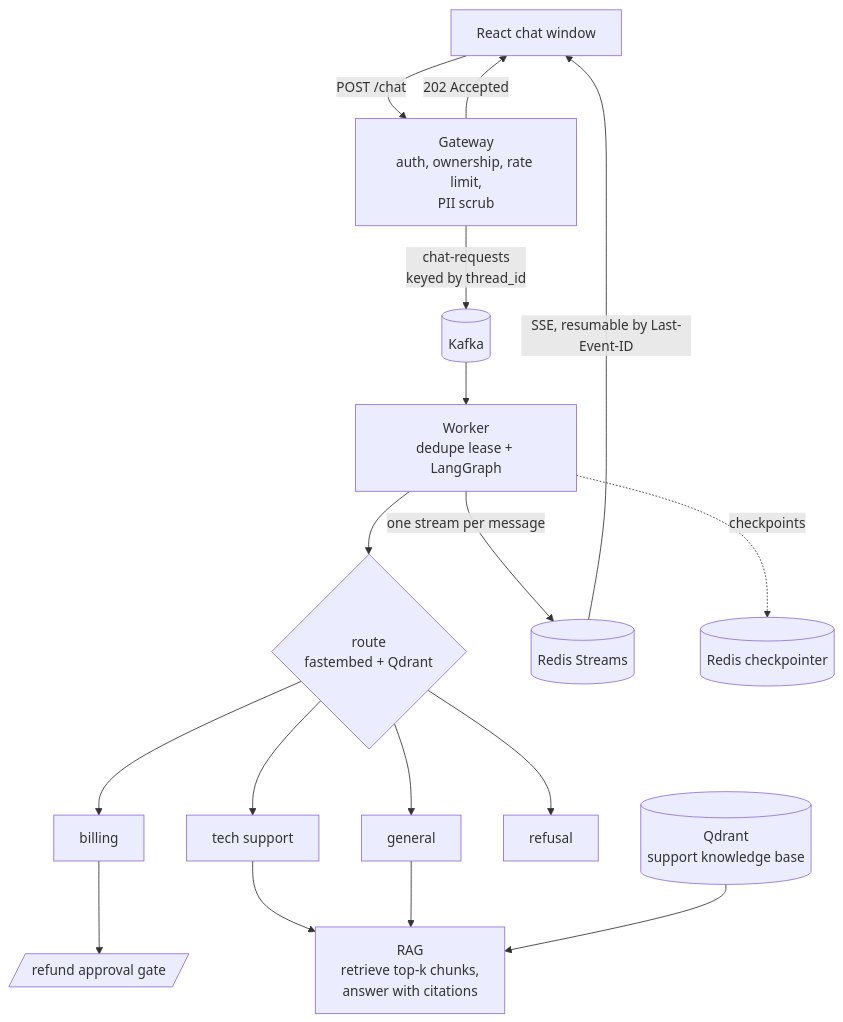
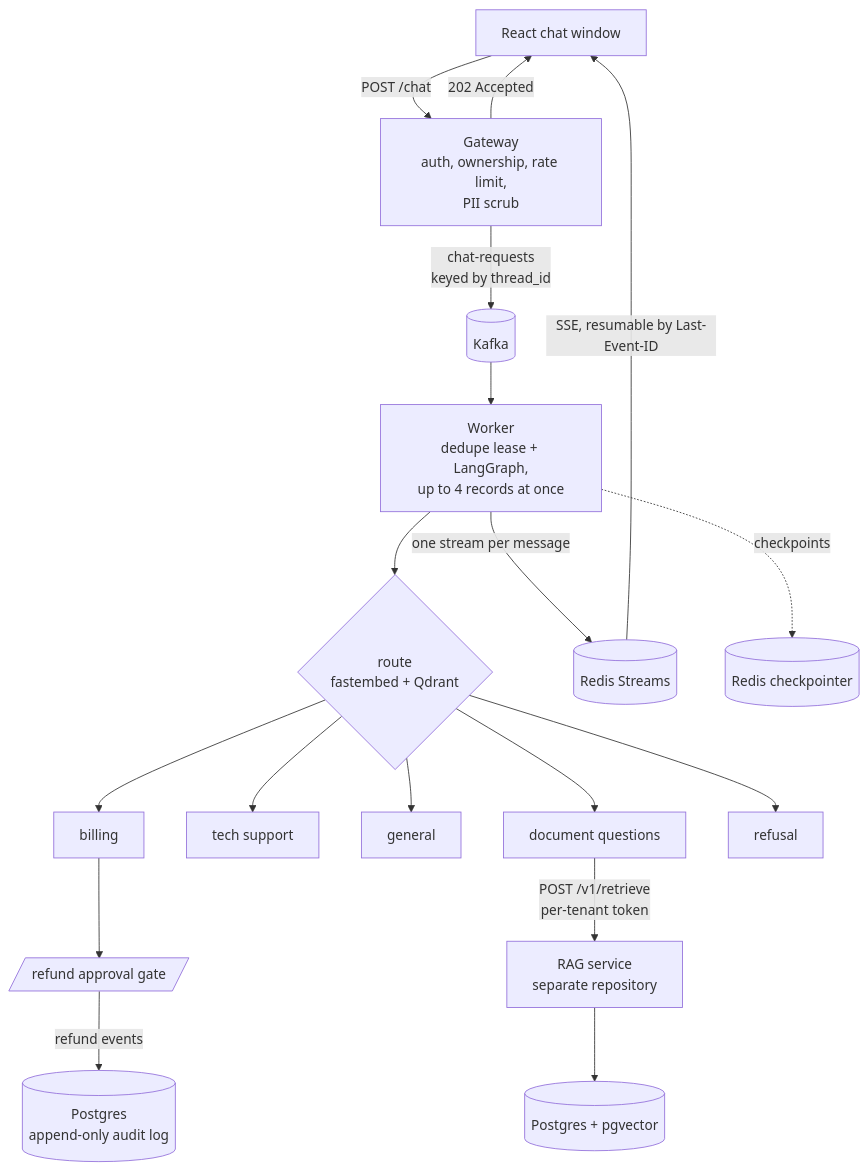
Before and after one commit to jayakumar-devaraj/jayakumar-devaraj.github.io: the diagram in work/event-driven-chatbot.md, drawn with Mermaid. The commit also changed other lines of this file, not shown here.

Commit message:
Bring the chatbot case study up to date: RAG service, durability, safety and latency results, repo link

````diff
--- a/work/event-driven-chatbot.md
+++ b/work/event-driven-chatbot.md
@@ -22,19 +22,20 @@
 ```mermaid
 flowchart TB
     C["React chat window"] -->|"POST /chat"| G["Gateway<br/>auth, ownership, rate limit,<br/>PII scrub"]
     G -->|"202 Accepted"| C
     G -->|"chat-requests<br/>keyed by thread_id"| K[("Kafka")]
-    K --> W["Worker<br/>dedupe lease + LangGraph"]
+    K --> W["Worker<br/>dedupe lease + LangGraph,<br/>up to 4 records at once"]
     W --> R{"route<br/>fastembed + Qdrant"}
     R --> B["billing"]
     R --> T["tech support"]
     R --> GEN["general"]
+    R --> DOC["document questions"]
     R --> REF["refusal"]
-    T --> RAG["RAG<br/>retrieve top-k chunks,<br/>answer with citations"]
-    GEN --> RAG
-    KB[("Qdrant<br/>support knowledge base")] --> RAG
     B --> AP[/"refund approval gate"/]
+    AP -->|"refund events"| AUD[("Postgres<br/>append-only audit log")]
+    DOC -->|"POST /v1/retrieve<br/>per-tenant token"| RAG["RAG service<br/>separate repository"]
+    RAG --> RDB[("Postgres + pgvector")]
     W -->|"one stream per message"| S[("Redis Streams")]
     W -.->|checkpoints| RC[("Redis checkpointer")]
     S -->|"SSE, resumable by Last-Event-ID"| C
 ```
````
